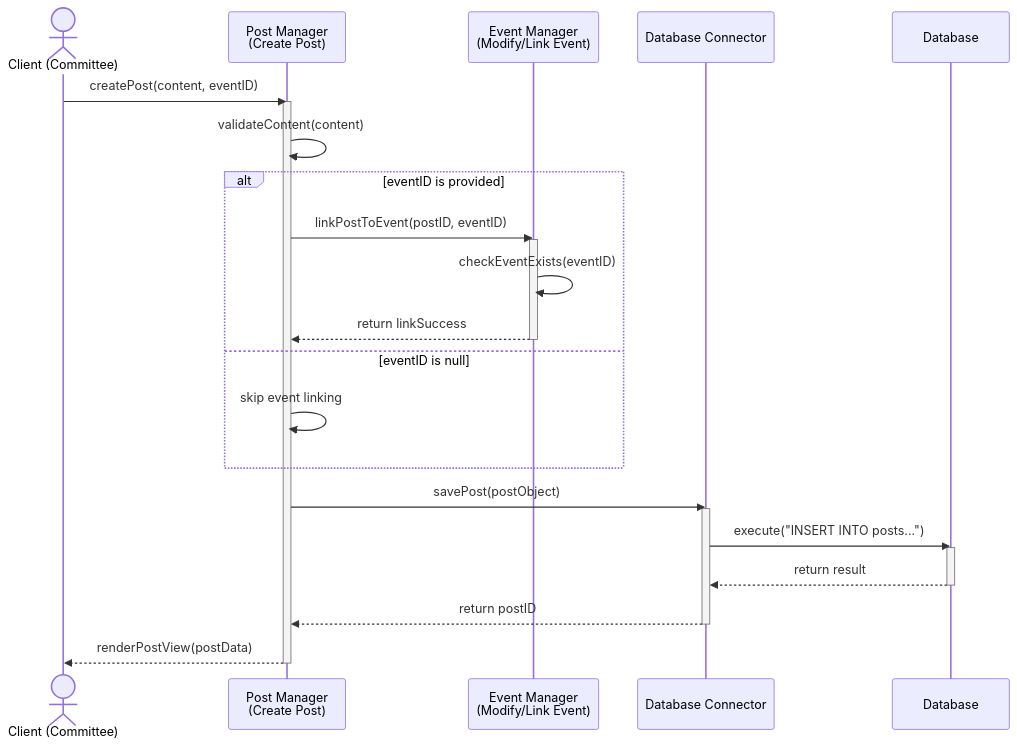
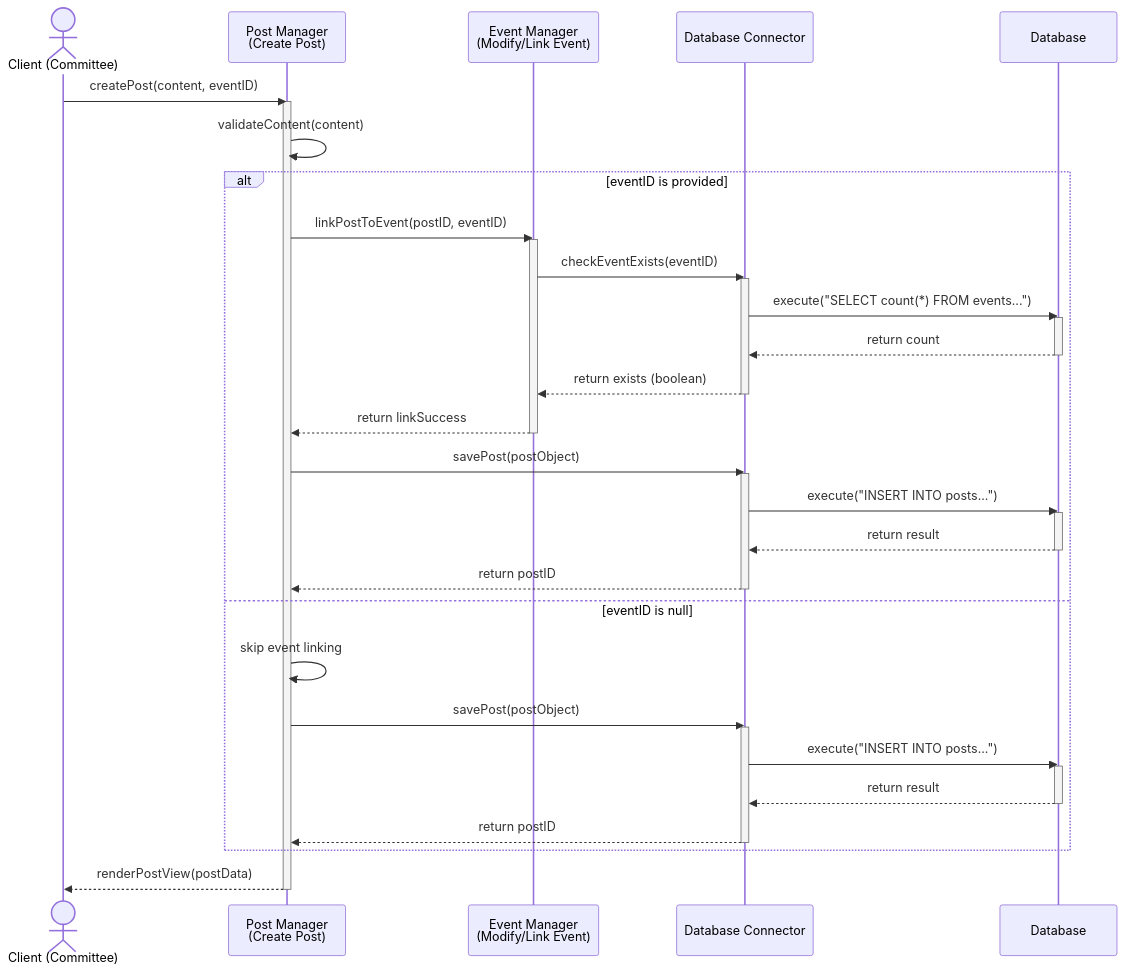
One commit to Team-4D2/Coursework-1 changed the diagram in Chapter 2 - Design/Sequence Diagram/Mermaid Code/createPost.mmd. Above: the diagram before and after it, drawn with Mermaid.

Commit message:
Refactor createPost sequence diagram for event linking

```diff
--- a/Chapter 2 - Design/Sequence Diagram/Mermaid Code/createPost.mmd
+++ b/Chapter 2 - Design/Sequence Diagram/Mermaid Code/createPost.mmd
@@ -1,33 +1,50 @@
 sequenceDiagram
     actor Comm as Client (Committee)
     participant PM as Post Manager<br/>(Create Post)
     participant EM as Event Manager<br/>(Modify/Link Event)
     participant DBConn as Database Connector
     participant DB as Database
-
 
     Comm->>PM: createPost(content, eventID)
     activate PM
     PM->>PM: validateContent(content)
     
     alt eventID is provided
         PM->>EM: linkPostToEvent(postID, eventID)
         activate EM
-        EM->>EM: checkEventExists(eventID)
+        
+        EM->>DBConn: checkEventExists(eventID)
+        activate DBConn
+        DBConn->>DB: execute("SELECT count(*) FROM events...")
+        activate DB
+        DB-->>DBConn: return count
+        deactivate DB
+        DBConn-->>EM: return exists (boolean)
+        deactivate DBConn
+        
         EM-->>PM: return linkSuccess
         deactivate EM
+        PM->>DBConn: savePost(postObject)
+        activate DBConn
+        DBConn->>DB: execute("INSERT INTO posts...")
+        activate DB
+        DB-->>DBConn: return result
+        deactivate DB
+        DBConn-->>PM: return postID
+        deactivate DBConn
     else eventID is null
         PM->>PM: skip event linking
+        PM->>DBConn: savePost(postObject)
+        activate DBConn
+        DBConn->>DB: execute("INSERT INTO posts...")
+        activate DB
+        DB-->>DBConn: return result
+        deactivate DB
+        DBConn-->>PM: return postID
+        deactivate DBConn
     end
 
-    PM->>DBConn: savePost(postObject)
-    activate DBConn
-    DBConn->>DB: execute("INSERT INTO posts...")
-    activate DB
-    DB-->>DBConn: return result
-    deactivate DB
-    DBConn-->>PM: return postID
-    deactivate DBConn
+    
 
     PM-->>Comm: renderPostView(postData)
     deactivate PM
```
